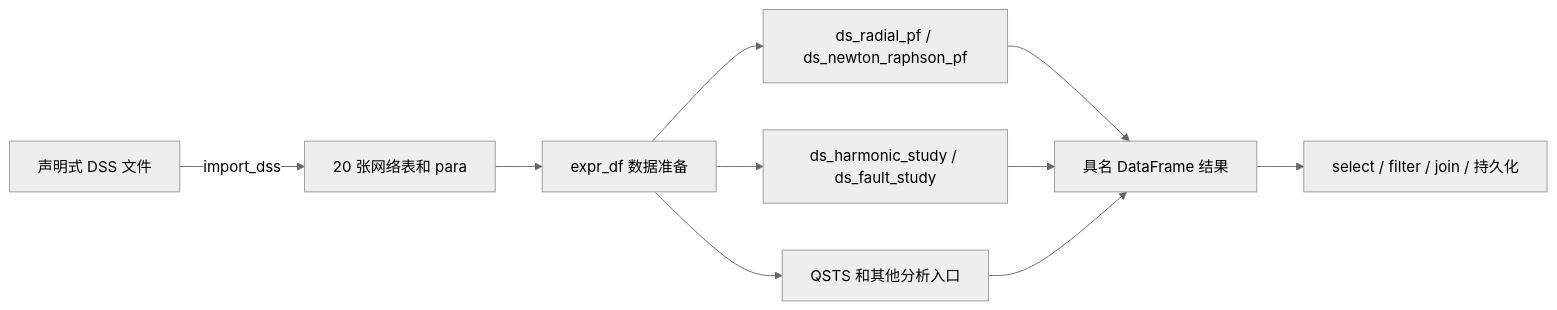
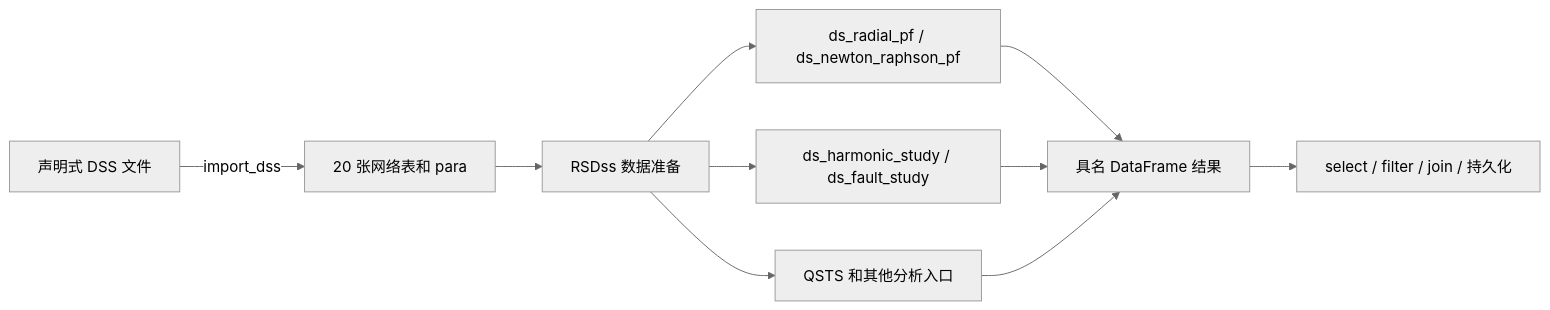
One commit to shufengdong/sparrowzz changed the diagram in dss/docs/opendss_to_rss.md. Above: the diagram before and after it, drawn with Mermaid (neutral theme). The commit also changed other lines of this file and 15 other files, not shown here.

````diff
--- a/dss/docs/opendss_to_rss.md
+++ b/dss/docs/opendss_to_rss.md
@@ -18,12 +18,12 @@
 ```mermaid
 flowchart LR
     A[声明式 DSS 文件] -->|import_dss| B[20 张网络表和 para]
-    B --> C[expr_df 数据准备]
+    B --> C[RSDss 数据准备]
     C --> D[ds_radial_pf / ds_newton_raphson_pf]
     C --> E[ds_harmonic_study / ds_fault_study]
     C --> F[QSTS 和其他分析入口]
     D --> G[具名 DataFrame 结果]
     E --> G
     F --> G
     G --> H[select / filter / join / 持久化]
 ```
````
